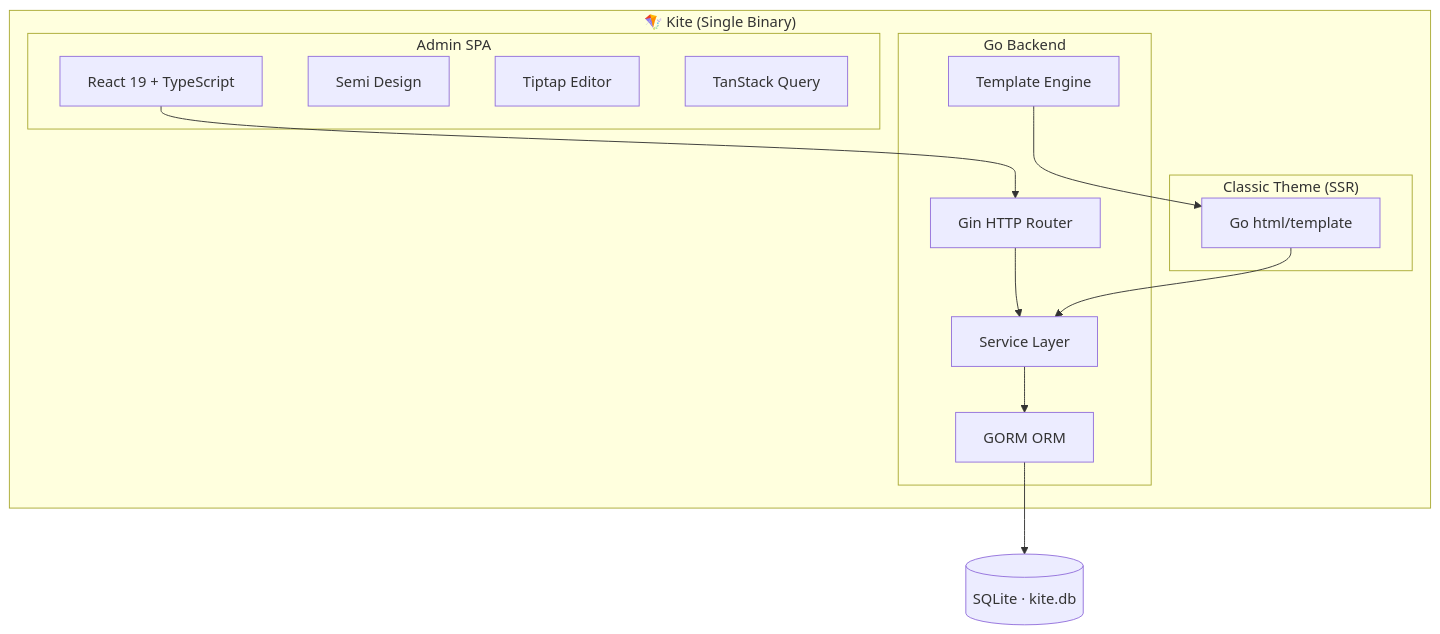
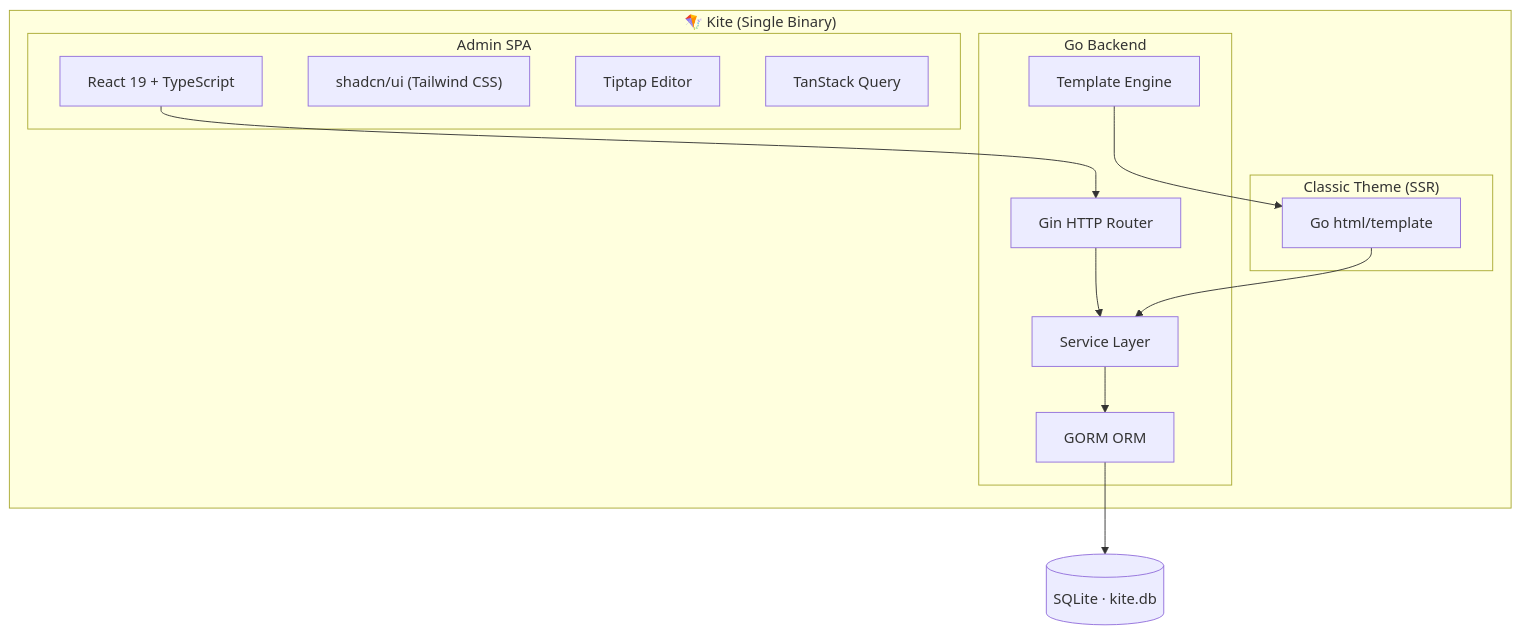
Before and after one commit to kite-plus/kite: the diagram in README.md, drawn with Mermaid. The commit also changed other lines of this file and 1 other file, not shown here.

Commit message:
docs: update UI library references to shadcn/ui
This commit updates the project documentation to reflect the recent migration of the admin dashboard's UI framework.

- Replaced 'Semi Design' with 'shadcn/ui (Tailwind CSS)' in the architecture diagrams for both English and Chinese README files.
- Updated the Tech Stack tables to correctly list 'shadcn/ui + Tailwind CSS' as the primary UI library.

These changes ensure the project documentation accurately represents the current technology stack.

````diff
--- a/README.md
+++ b/README.md
@@ -38,31 +38,31 @@
 ```mermaid
 graph TB
     subgraph Binary["🪁 Kite (Single Binary)"]
         subgraph Frontend["Admin SPA"]
             React["React 19 + TypeScript"]
-            Semi["Semi Design"]
+            shadcn["shadcn/ui (Tailwind CSS)"]
             Tiptap["Tiptap Editor"]
             TanStack["TanStack Query"]
         end
 
         subgraph Backend["Go Backend"]
             Gin["Gin HTTP Router"]
             Service["Service Layer"]
             GORM["GORM ORM"]
             Template["Template Engine"]
         end
 
         subgraph Theme["Classic Theme (SSR)"]
             GoTmpl["Go html/template"]
         end
     end
 
     SQLite[("SQLite · kite.db")]
 
     React --> Gin
     Gin --> Service
     Service --> GORM
     GORM --> SQLite
     GoTmpl --> Service
     Template --> GoTmpl
 ```
````
